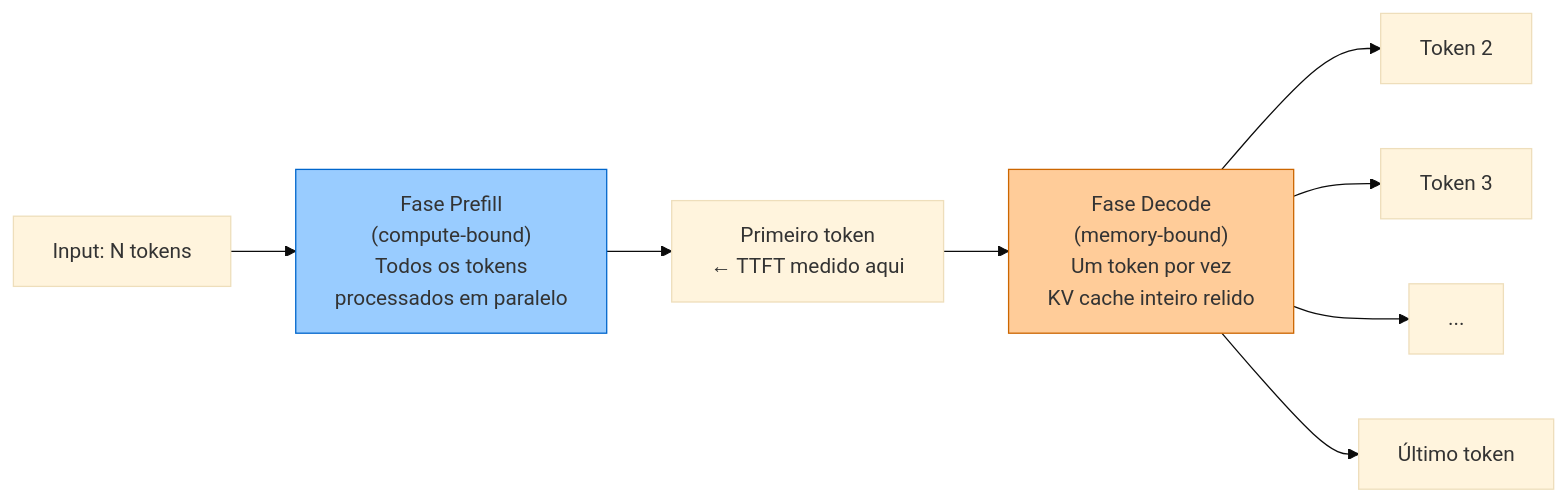
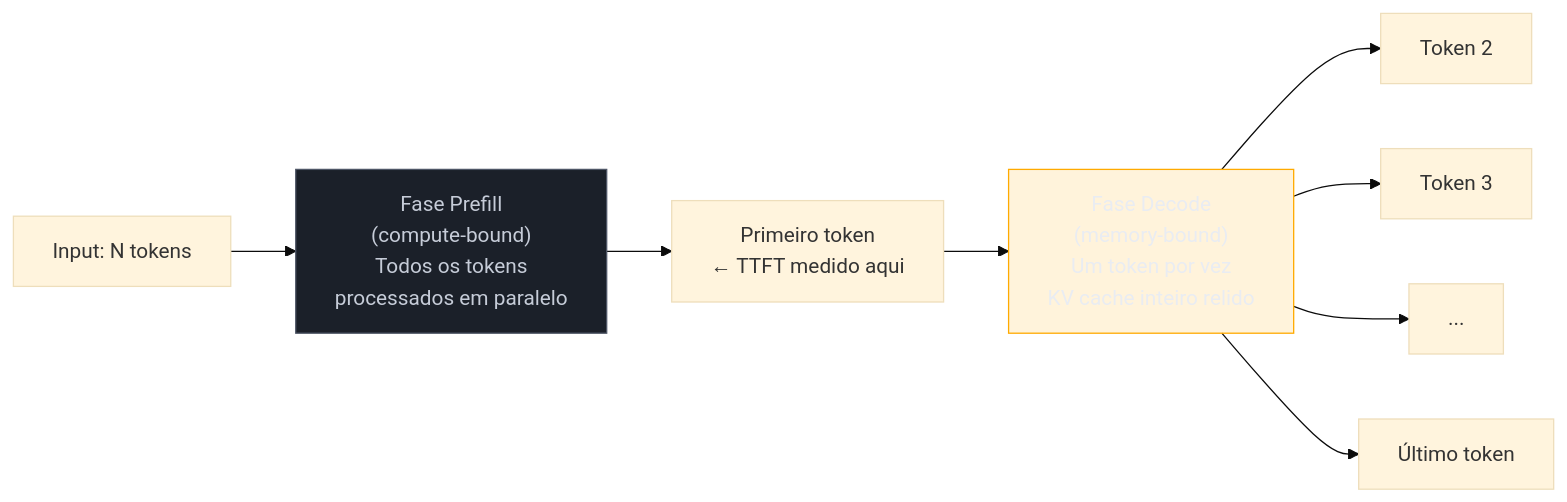
One commit to josenaldo/codex-technomanticus changed the second of 5 diagrams in 03-Dominios/Tecnologia/IA/Anatomia dos LLMs/14 - Streaming, batching e latência.md. Above: the diagram before and after it, drawn with Mermaid (base theme). The commit also changed other lines of this file and 1181 other files, not shown here.

First line of the commit message:
fix(diagramas): paleta do sistema no lugar de cor cravada no markdown

````diff
--- a/03-Dominios/Tecnologia/IA/Anatomia dos LLMs/14 - Streaming, batching e latência.md
+++ b/03-Dominios/Tecnologia/IA/Anatomia dos LLMs/14 - Streaming, batching e latência.md
@@ -57,12 +60,14 @@
 ```mermaid
 graph LR
+    classDef neutro fill:#1B2029,stroke:#4E5666,color:#C6CCD8
+    classDef destaque fill:#FFAA0024,stroke:#FFAA00,color:#E9ECF2
     A["Input: N tokens"] --> B["Fase Prefill\n(compute-bound)\nTodos os tokens\nprocessados em paralelo"]
     B --> C["Primeiro token\n← TTFT medido aqui"]
     C --> D["Fase Decode\n(memory-bound)\nUm token por vez\nKV cache inteiro relido"]
     D --> E["Token 2"]
     D --> F["Token 3"]
     D --> G["..."]
     D --> H["Último token"]
-    style B fill:#99ccff,stroke:#0066cc
-    style D fill:#ffcc99,stroke:#cc6600
+    class B neutro
+    class D destaque
 ```
````
